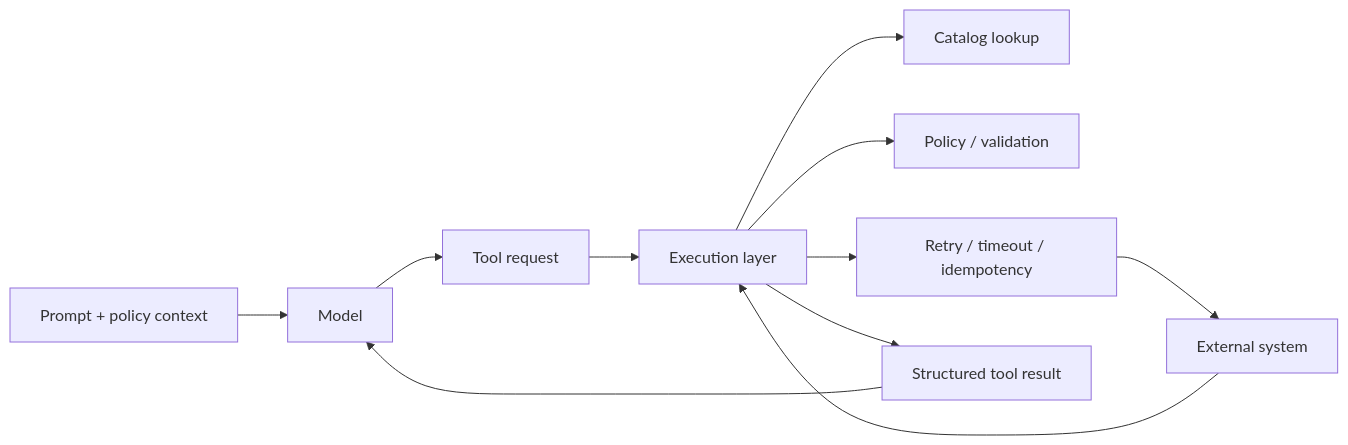
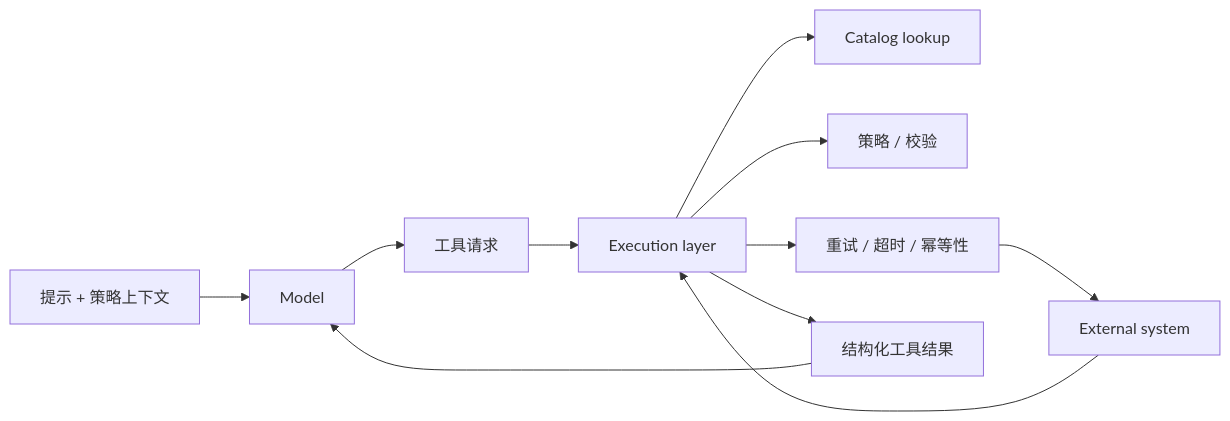
One commit to agent-axiom/agent-arch changed the diagram in docs/book/part-iv/chapter-8.zh.md. Above: the diagram before and after it, drawn with Mermaid. The commit also changed other lines of this file, not shown here.

````diff
--- a/docs/book/part-iv/chapter-8.zh.md
+++ b/docs/book/part-iv/chapter-8.zh.md
@@ -82,13 +82,13 @@
 ``` mermaid
 flowchart LR
-    A["Prompt + policy context"] --> B["Model"]
-    B --> C["Tool request"]
+    A["提示 + 策略上下文"] --> B["Model"]
+    B --> C["工具请求"]
     C --> D["Execution layer"]
     D --> E["Catalog lookup"]
-    D --> F["Policy / validation"]
-    D --> G["Retry / timeout / idempotency"]
+    D --> F["策略 / 校验"]
+    D --> G["重试 / 超时 / 幂等性"]
     G --> H["External system"]
     H --> D
-    D --> I["Structured tool result"]
+    D --> I["结构化工具结果"]
     I --> B
 ```
````
